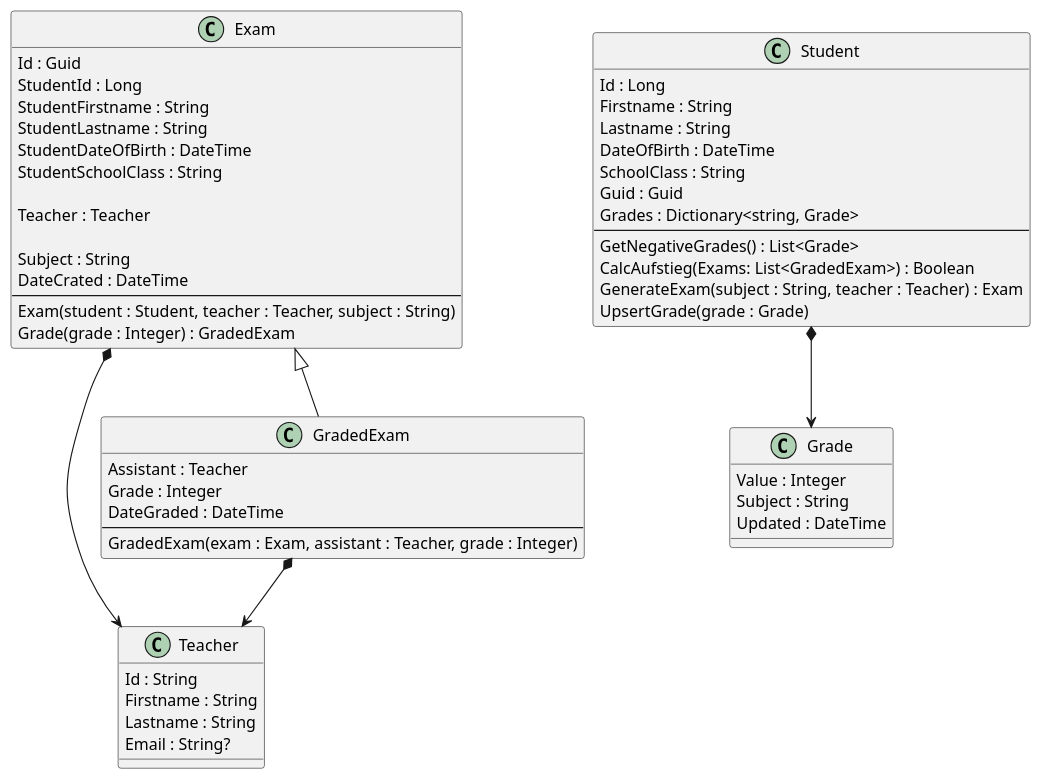
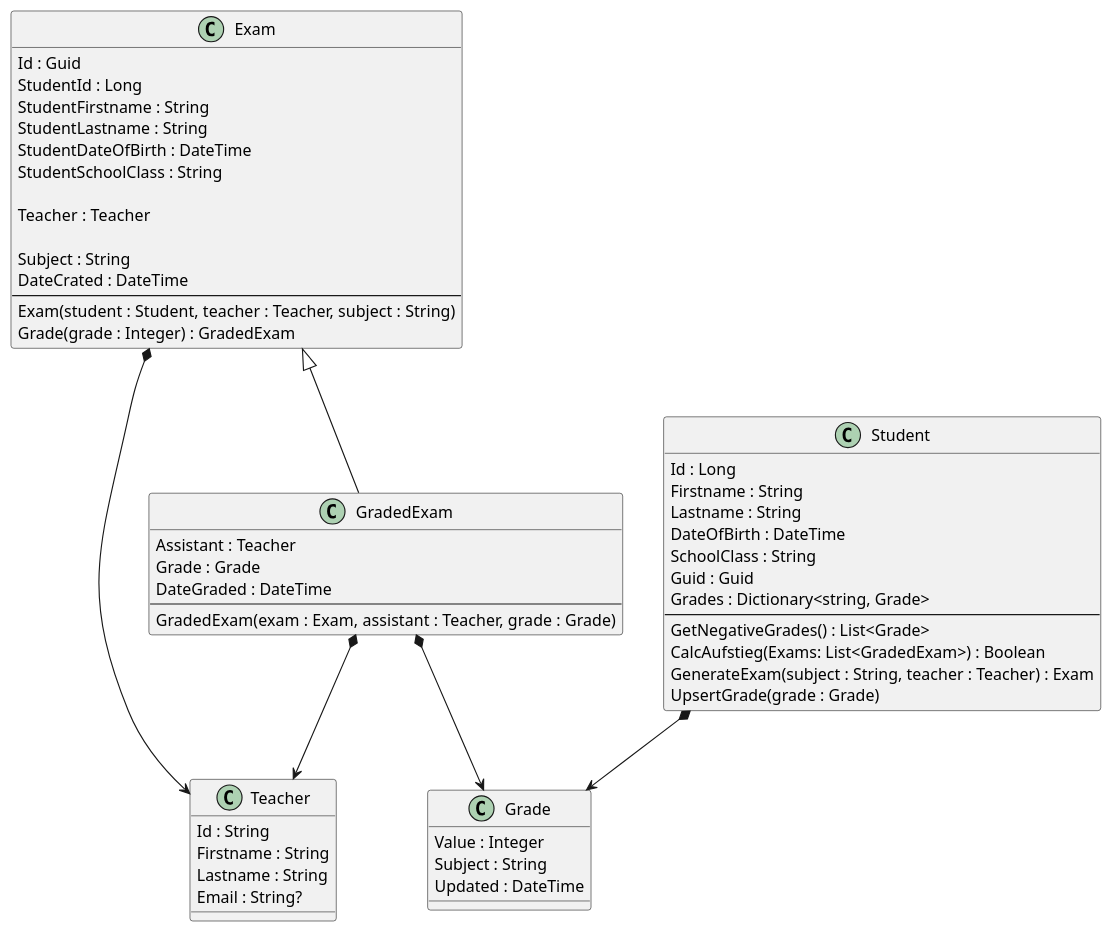
The diagram in 13_NoSQL/Projekt Pruefungsverwaltung/01 Modell.md (schletz/Dbi3Sem), drawn with PlantUML before and after one commit. The commit also changed 12 other files, not shown here.

````diff
--- a/13_NoSQL/Projekt Pruefungsverwaltung/01 Modell.md
+++ b/13_NoSQL/Projekt Pruefungsverwaltung/01 Modell.md
@@ -25,60 +25,61 @@
 ```plantuml
 @startuml
 class Student {
    Id : Long
    Firstname : String
    Lastname : String
    DateOfBirth : DateTime
    SchoolClass : String   
    Guid : Guid
    Grades : Dictionary<string, Grade>
    ---
    GetNegativeGrades() : List<Grade>
    CalcAufstieg(Exams: List<GradedExam>) : Boolean
    GenerateExam(subject : String, teacher : Teacher) : Exam
    UpsertGrade(grade : Grade)
 }
 
 class Grade {
     Value : Integer
     Subject : String
     Updated : DateTime
 }
 class Teacher {
     Id : String
     Firstname : String
     Lastname : String
     Email : String?
 }
 
 class Exam {
     Id : Guid
     StudentId : Long
     StudentFirstname : String
     StudentLastname : String
     StudentDateOfBirth : DateTime
     StudentSchoolClass : String
 
     Teacher : Teacher
 
     Subject : String
     DateCrated : DateTime
     ---
     Exam(student : Student, teacher : Teacher, subject : String)
     Grade(grade : Integer) : GradedExam
 }
 
 class GradedExam {
     Assistant : Teacher
-    Grade : Integer
+    Grade : Grade
     DateGraded : DateTime
     ---
-    GradedExam(exam : Exam, assistant : Teacher, grade : Integer)
+    GradedExam(exam : Exam, assistant : Teacher, grade : Grade)
 }
 
 Exam *--> Teacher
 GradedExam *--> Teacher
 Student *--> Grade
 GradedExam -up-|> Exam
+GradedExam *--> Grade
 @enduml
 ```
````
